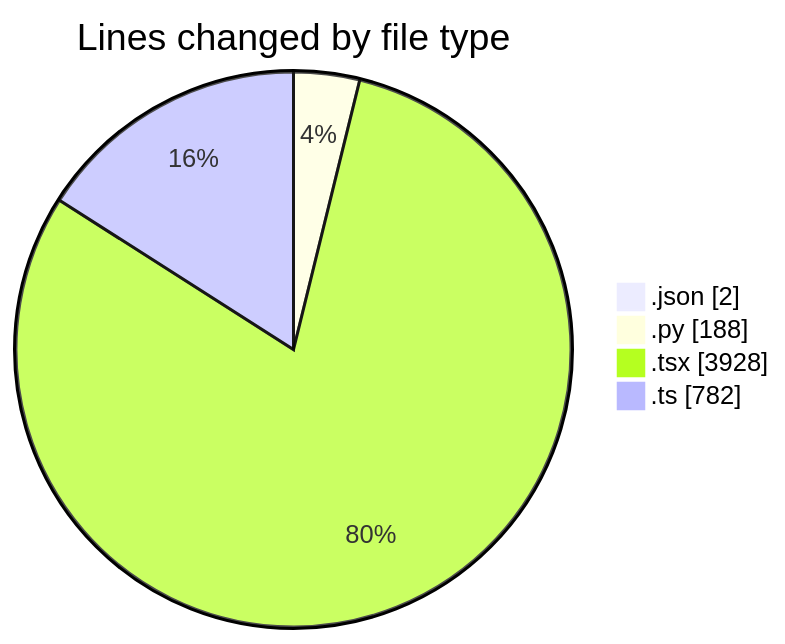
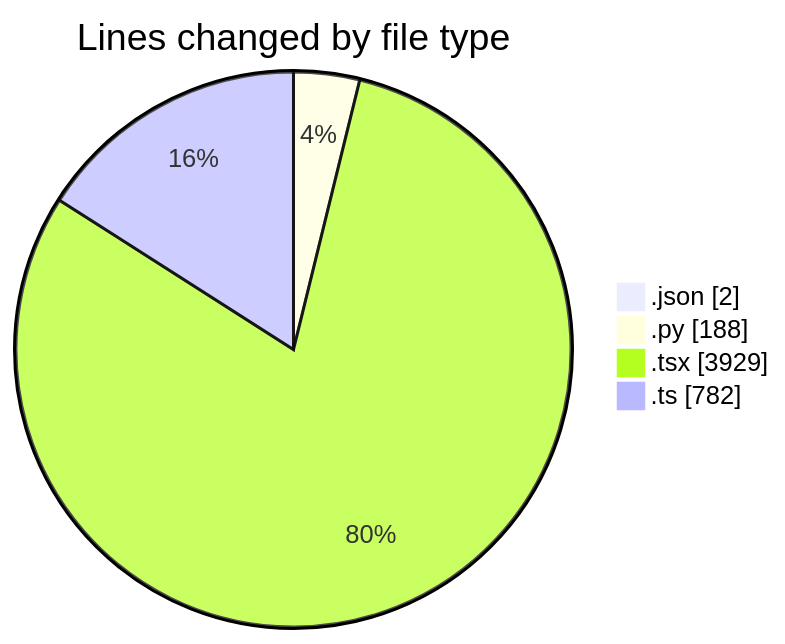
One commit to julien-gomy/code-tracking changed the first of 2 diagrams in 2025-10-06/eventscop-frontend-guide__workspace_/README.md. Above: the diagram before and after it, drawn with Mermaid. The commit also changed other lines of this file and 1 other file, not shown here.

````diff
--- a/2025-10-06/eventscop-frontend-guide__workspace_/README.md
+++ b/2025-10-06/eventscop-frontend-guide__workspace_/README.md
@@ -49,8 +49,8 @@
 ```mermaid
 pie showData
 title Lines changed by file type
 ".json" : 2
 ".py" : 188
-".tsx" : 3928
+".tsx" : 3929
 ".ts" : 782
 ```
````
